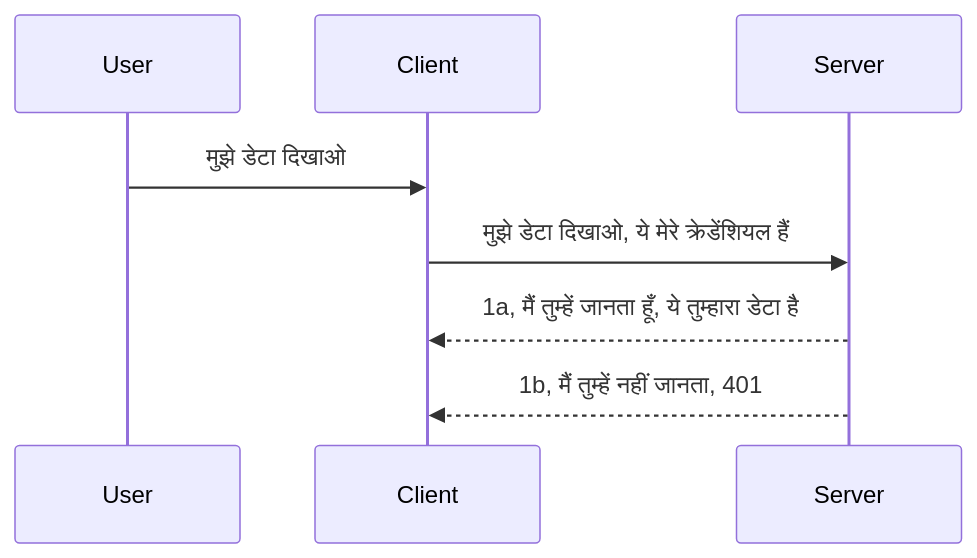
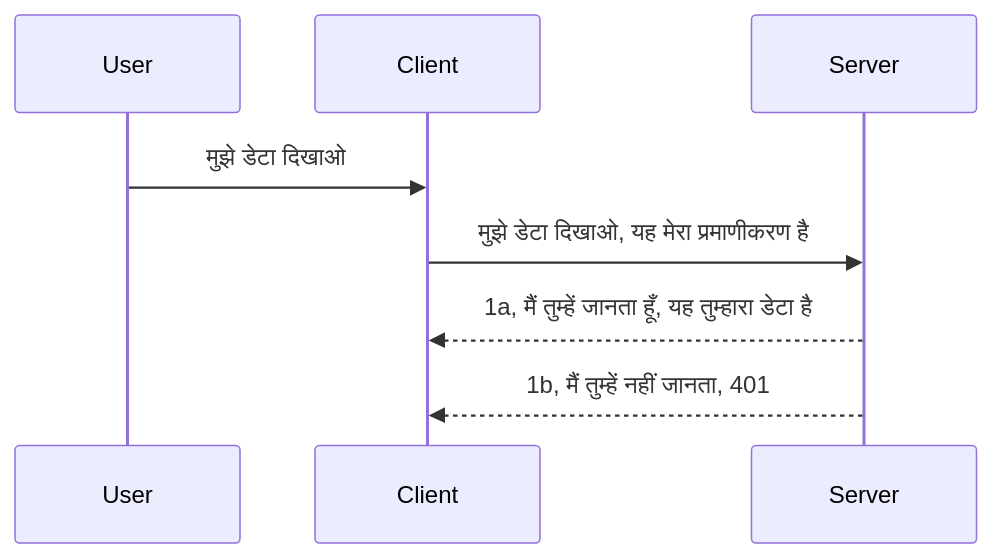
The diagram in mcp_ecosystem__model_context_protocol/mcp_learning_resources/mcp-for-beginners/translations/hi/03-GettingStarted/11-simple-auth/README.md (HIDORAKAI002/ai-workspace-archive), drawn with Mermaid before and after one commit. The commit also changed other lines of this file and 1046 other files, not shown here.

````diff
--- a/mcp_ecosystem__model_context_protocol/mcp_learning_resources/mcp-for-beginners/translations/hi/03-GettingStarted/11-simple-auth/README.md
+++ b/mcp_ecosystem__model_context_protocol/mcp_learning_resources/mcp-for-beginners/translations/hi/03-GettingStarted/11-simple-auth/README.md
@@ -24,11 +24,11 @@
 ```mermaid
 sequenceDiagram
    participant User
    participant Client
    participant Server
 
    User->>Client: मुझे डेटा दिखाओ
-   Client->>Server: मुझे डेटा दिखाओ, ये मेरे क्रेडेंशियल हैं
-   Server-->>Client: 1a, मैं तुम्हें जानता हूँ, ये तुम्हारा डेटा है
+   Client->>Server: मुझे डेटा दिखाओ, यह मेरा प्रमाणीकरण है
+   Server-->>Client: 1a, मैं तुम्हें जानता हूँ, यह तुम्हारा डेटा है
    Server-->>Client: 1b, मैं तुम्हें नहीं जानता, 401 
 ```
````
